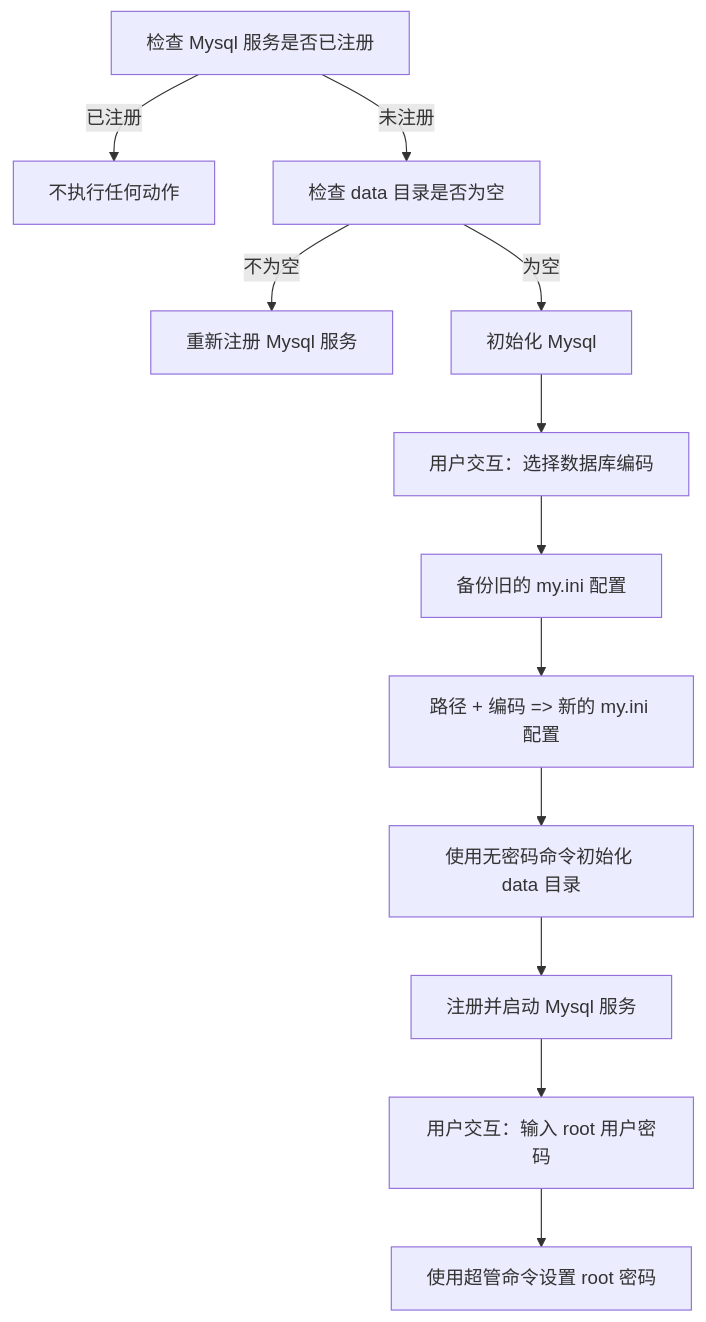
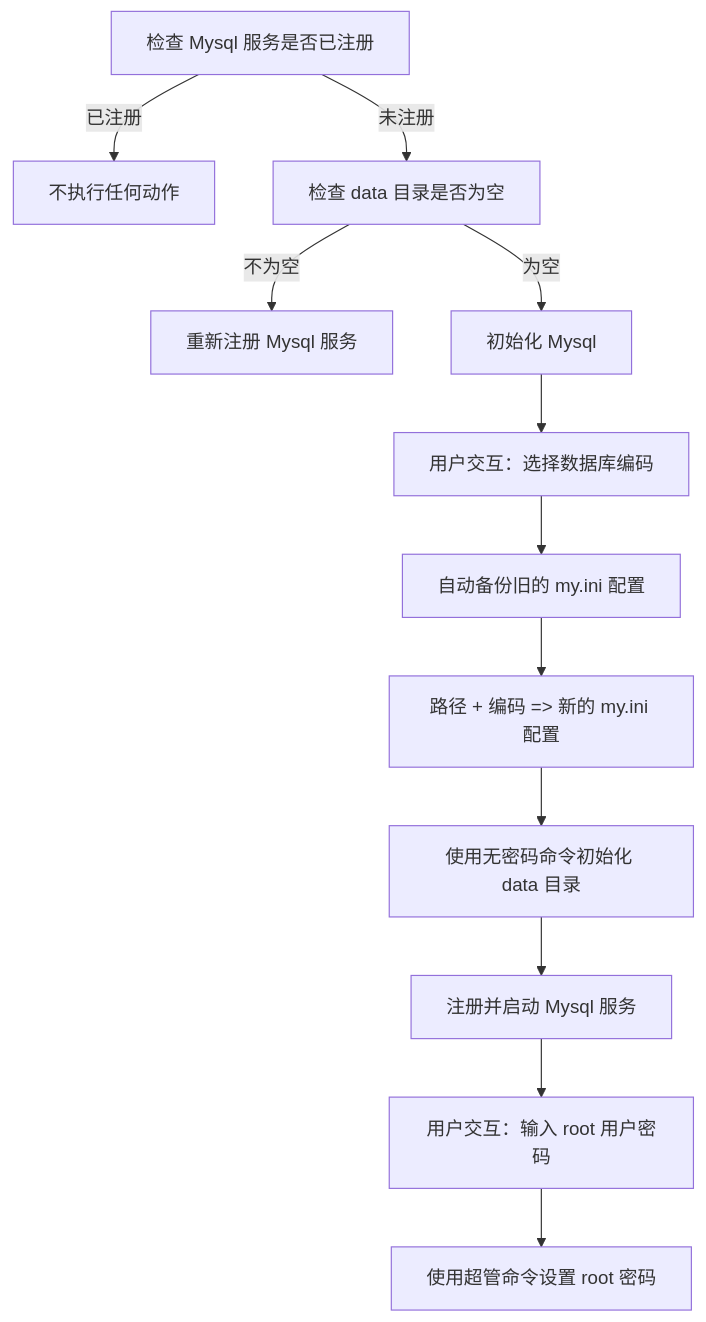
The diagram in README.md (EXP-Codes/onekey-mysql), drawn with Mermaid before and after one commit. The commit also changed other lines of this file and 6 other files, not shown here.

````diff
--- a/README.md
+++ b/README.md
@@ -76,14 +76,14 @@
 ```mermaid
 flowchart TD
     A[检查 Mysql 服务是否已注册] -->|已注册| B[不执行任何动作]
     A -->|未注册| C[检查 data 目录是否为空]
     C -->|不为空| D[重新注册 Mysql 服务]
     C -->|为空| E[初始化 Mysql]
     E --> F[用户交互：选择数据库编码]
-    F --> G[备份旧的 my.ini 配置]
+    F --> G[自动备份旧的 my.ini 配置]
     G --> H[路径 + 编码 => 新的 my.ini 配置]
     H --> I[使用无密码命令初始化 data 目录]
     I --> J[注册并启动 Mysql 服务]
     J --> K[用户交互：输入 root 用户密码]
     K --> L[使用超管命令设置 root 密码]
 ```
````
